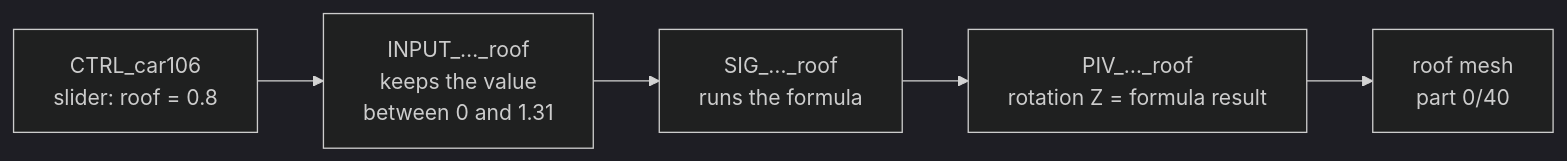
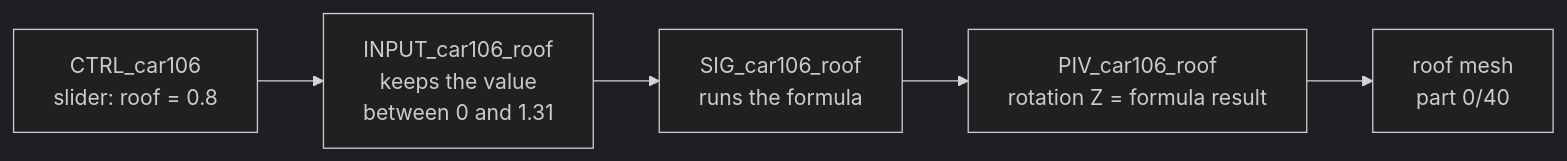
One commit to anteloc/ldraw-mecha changed diagram 15 of 25 in docs/how-it-works.md. Above: the diagram before and after it, drawn with Mermaid (dark theme). The commit also changed other lines of this file and 1 other file, not shown here.

````diff
--- a/docs/how-it-works.md
+++ b/docs/how-it-works.md
@@ -477,7 +528,7 @@
 ```mermaid
 flowchart LR
-    ctrl["CTRL_car106<br/>slider: roof = 0.8"] --> inp["INPUT_…_roof<br/>keeps the value<br/>between 0 and 1.31"]
-    inp --> sig["SIG_…_roof<br/>runs the formula"]
-    sig --> piv["PIV_…_roof<br/>rotation Z = formula result"]
+    ctrl["CTRL_car106<br/>slider: roof = 0.8"] --> inp["INPUT_car106_roof<br/>keeps the value<br/>between 0 and 1.31"]
+    inp --> sig["SIG_car106_roof<br/>runs the formula"]
+    sig --> piv["PIV_car106_roof<br/>rotation Z = formula result"]
     piv --> mesh["roof mesh<br/>part 0/40"]
 ```
````
